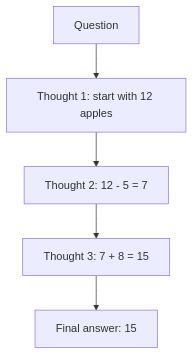
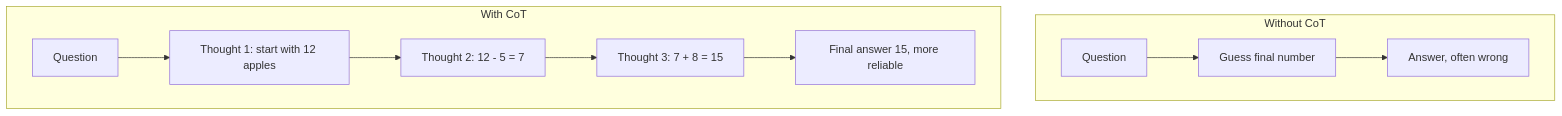
The first of 3 diagrams in notes/step-08-prompt-engineering-and-context-engineering/096-how-does-chain-of-thought-prompting-work.md (kaisarnajar/outcome-school-blogs), drawn with Mermaid before and after one commit. The commit also changed other lines of this file and 233 other files, not shown here.

````diff
--- a/notes/step-08-prompt-engineering-and-context-engineering/096-how-does-chain-of-thought-prompting-work.md
+++ b/notes/step-08-prompt-engineering-and-context-engineering/096-how-does-chain-of-thought-prompting-work.md
@@ -50,7 +53,12 @@
 ```mermaid
 flowchart TD
-    Q["Question"] --> T1["Thought 1: start with 12 apples"]
-    T1 --> T2["Thought 2: 12 - 5 = 7"]
-    T2 --> T3["Thought 3: 7 + 8 = 15"]
-    T3 --> A["Final answer: 15"]
+    subgraph W["Without CoT"]
+        a1["Question"] --> a2["Guess final number"] --> a3["Answer, often wrong"]
+    end
+    subgraph C["With CoT"]
+        b1["Question"] --> b2["Thought 1: start with 12 apples"]
+        b2 --> b3["Thought 2: 12 - 5 = 7"]
+        b3 --> b4["Thought 3: 7 + 8 = 15"]
+        b4 --> b5["Final answer 15, more reliable"]
+    end
 ```
````
